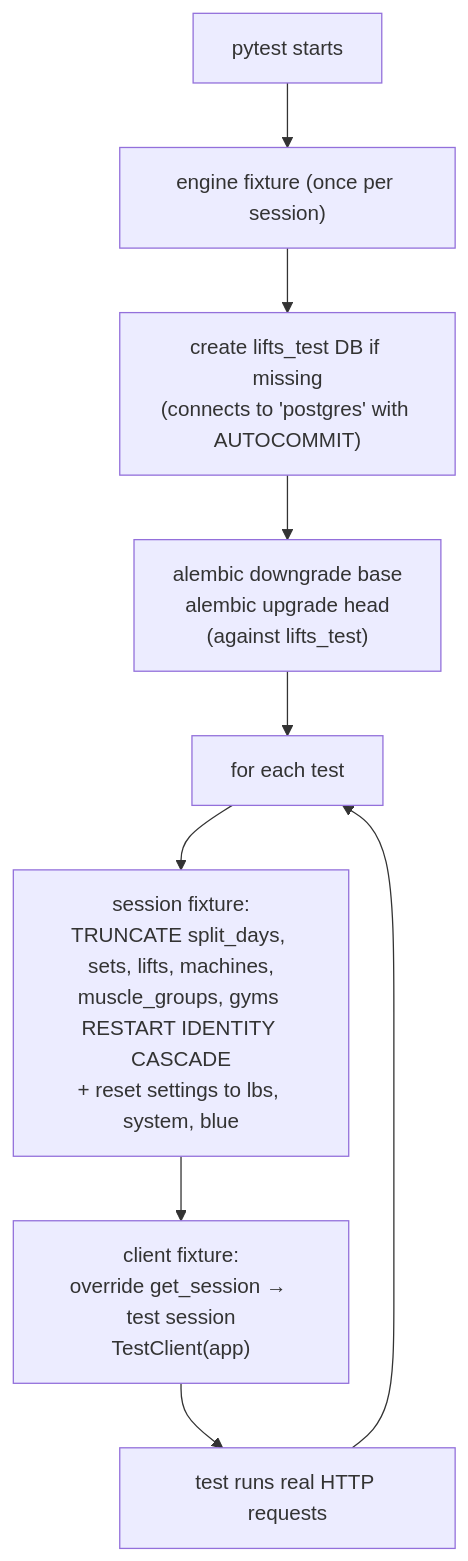
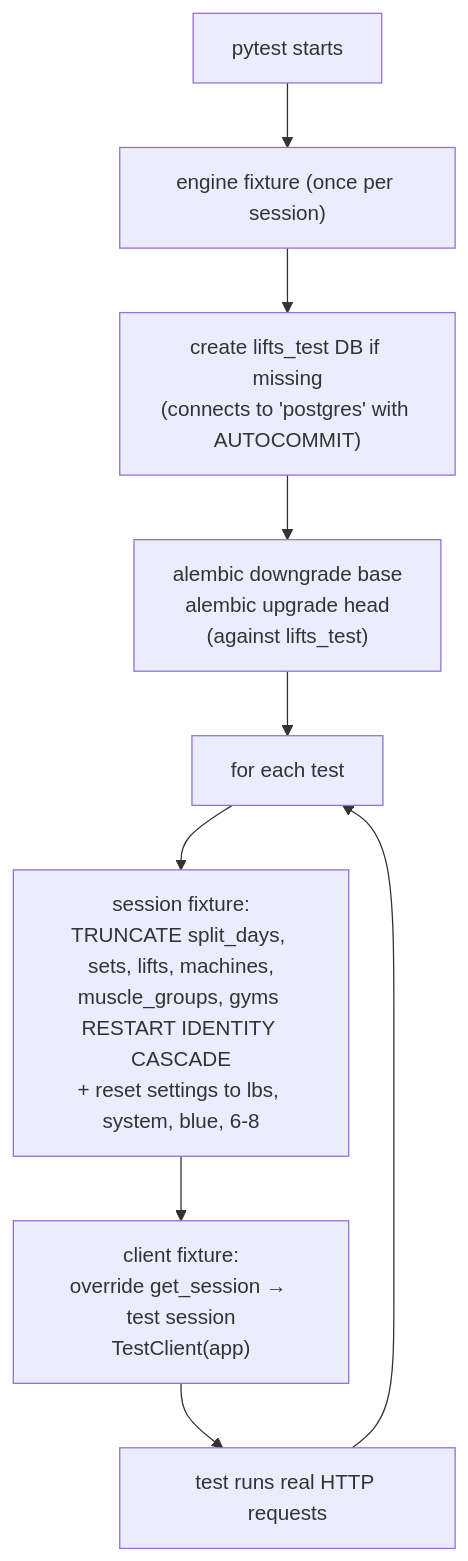
One commit to coopermay/fitness-tracker changed the diagram in docs/08-testing/testing.md. Above: the diagram before and after it, drawn with Mermaid. The commit also changed other lines of this file and 47 other files, not shown here.

First line of the commit message:
Today tab: usual lifts, last session and targets; target rep range setting

````diff
--- a/docs/08-testing/testing.md
+++ b/docs/08-testing/testing.md
@@ -40,11 +40,11 @@
 ```mermaid
 flowchart TD
     A["pytest starts"] --> B["engine fixture (once per session)"]
     B --> C["create lifts_test DB if missing<br/>(connects to 'postgres' with AUTOCOMMIT)"]
     C --> D["alembic downgrade base<br/>alembic upgrade head<br/>(against lifts_test)"]
     D --> E["for each test"]
-    E --> F["session fixture:<br/>TRUNCATE split_days, sets, lifts, machines,<br/>muscle_groups, gyms RESTART IDENTITY CASCADE<br/>+ reset settings to lbs, system, blue"]
+    E --> F["session fixture:<br/>TRUNCATE split_days, sets, lifts, machines,<br/>muscle_groups, gyms RESTART IDENTITY CASCADE<br/>+ reset settings to lbs, system, blue, 6-8"]
     F --> G["client fixture:<br/>override get_session → test session<br/>TestClient(app)"]
     G --> H["test runs real HTTP requests"]
     H --> E
 ```
````
